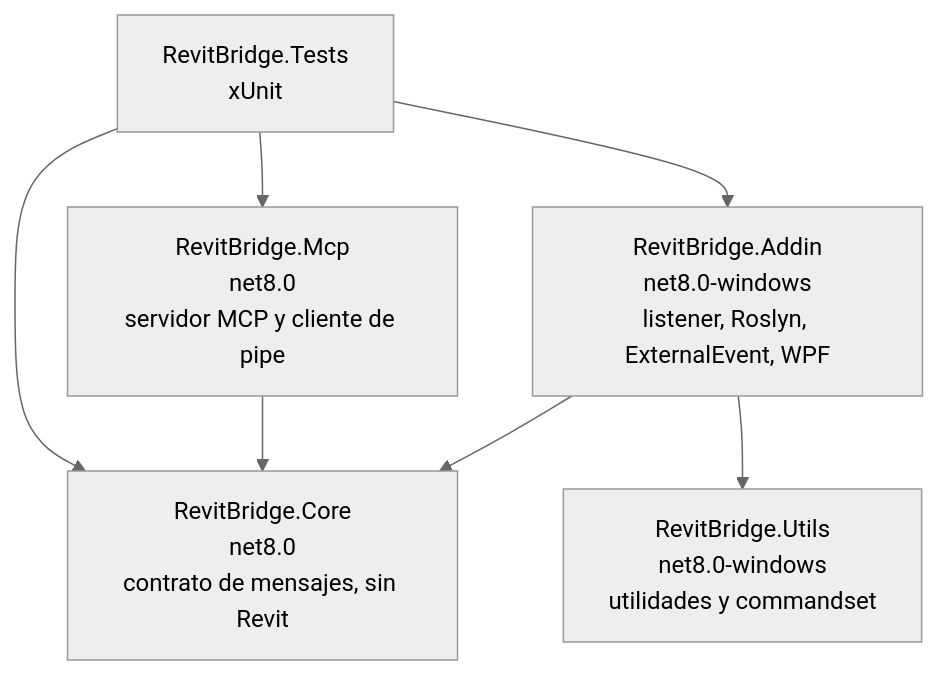
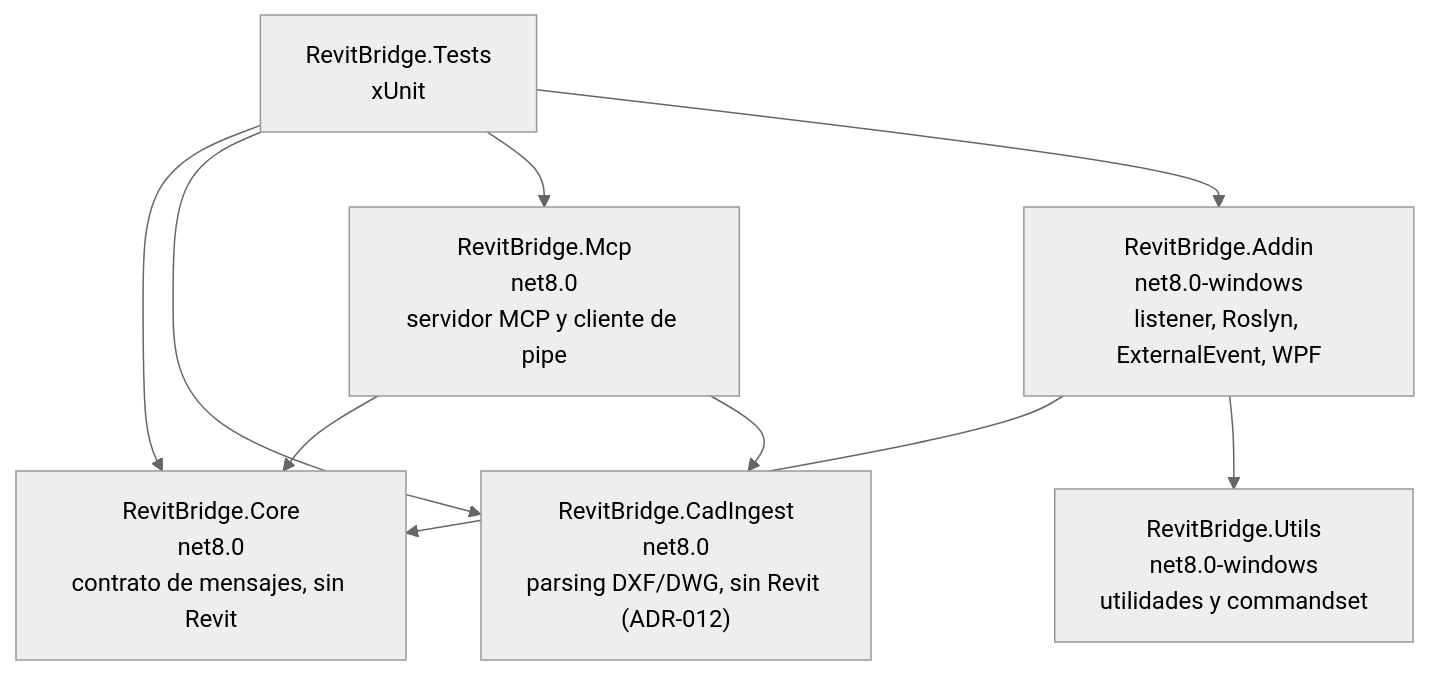
One commit to Ashromer/prompt-to-revit changed the second of 3 diagrams in specs/tech-spec.md. Above: the diagram before and after it, drawn with Mermaid (neutral theme). The commit also changed other lines of this file and 11 other files, not shown here.

````diff
--- a/specs/tech-spec.md
+++ b/specs/tech-spec.md
@@ -74,15 +74,18 @@
 ```mermaid
 flowchart TD
     Core["RevitBridge.Core<br/>net8.0<br/>contrato de mensajes, sin Revit"]
     Mcp["RevitBridge.Mcp<br/>net8.0<br/>servidor MCP y cliente de pipe"]
+    CadIngest["RevitBridge.CadIngest<br/>net8.0<br/>parsing DXF/DWG, sin Revit (ADR-012)"]
     Addin["RevitBridge.Addin<br/>net8.0-windows<br/>listener, Roslyn, ExternalEvent, WPF"]
     Utils["RevitBridge.Utils<br/>net8.0-windows<br/>utilidades y commandset"]
     Tests["RevitBridge.Tests<br/>xUnit"]
 
     Mcp --> Core
+    Mcp --> CadIngest
     Addin --> Core
     Addin --> Utils
     Tests --> Core
+    Tests --> CadIngest
     Tests --> Mcp
     Tests --> Addin
 ```
````
